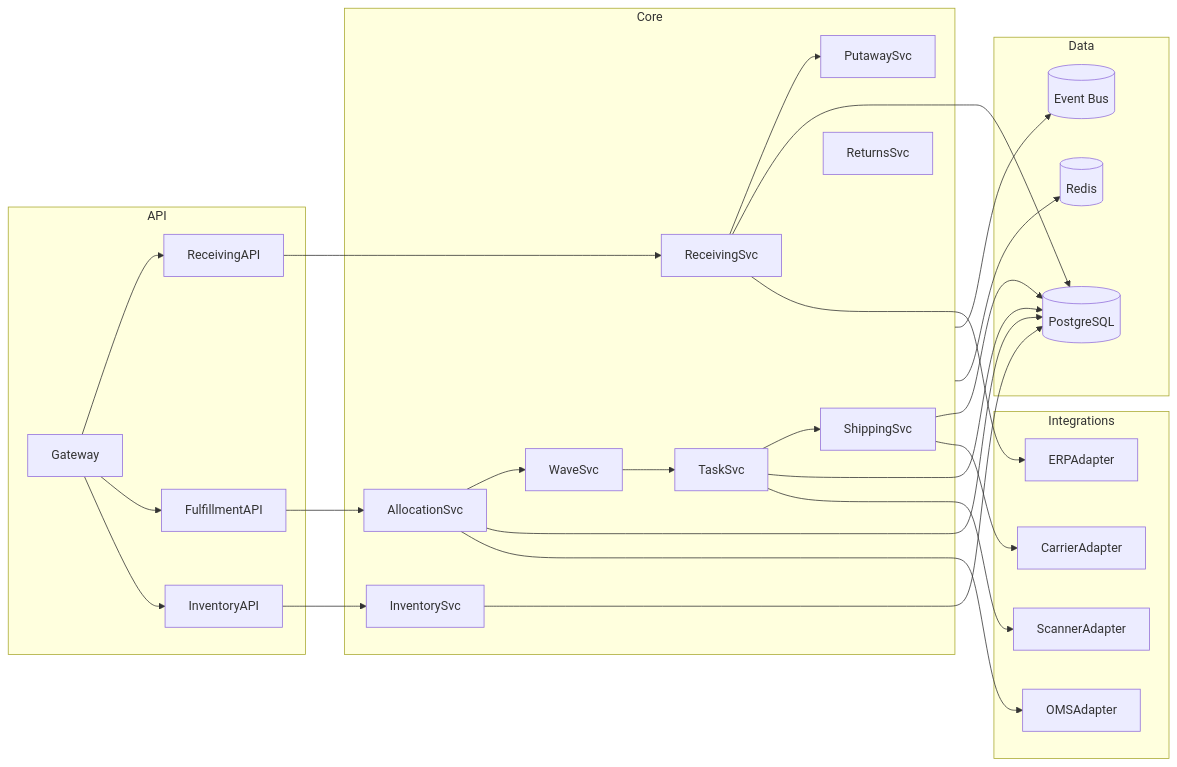
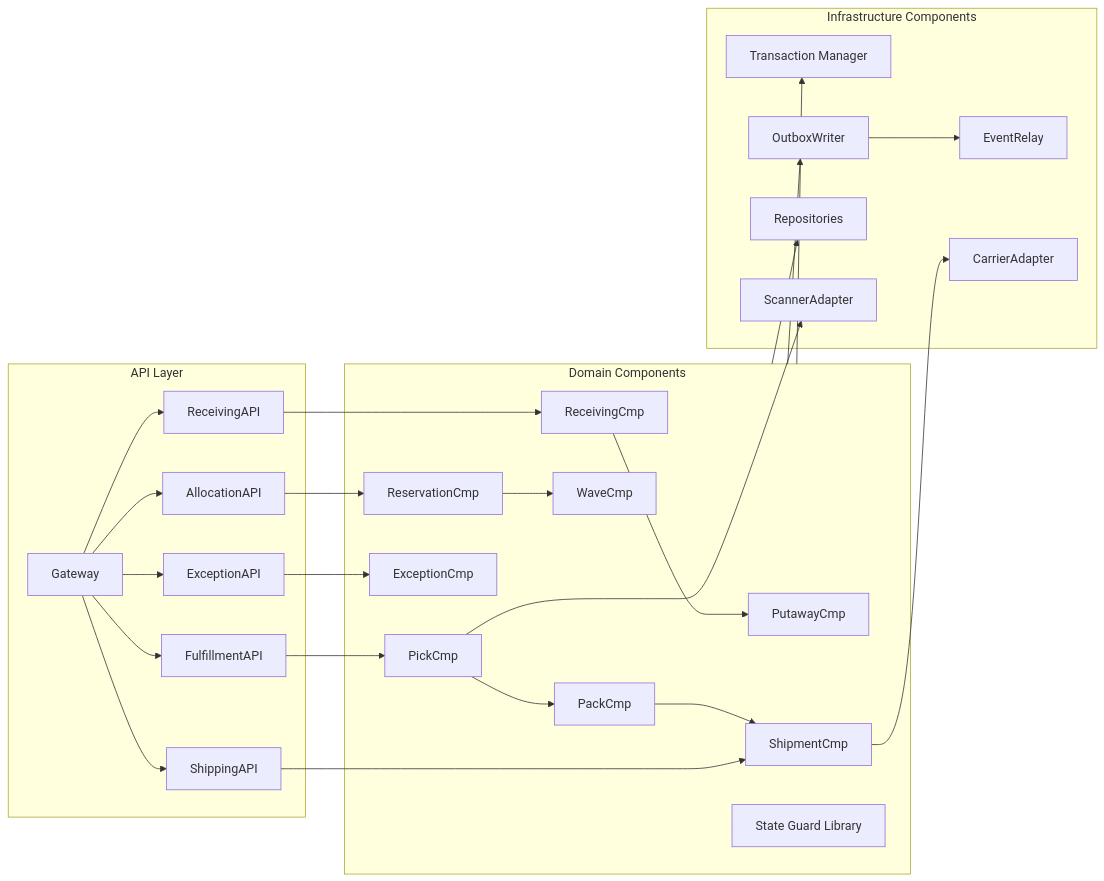
The diagram in Warehouse Management System/detailed-design/component-diagrams.md (0Ankit0/Project-Ideas), drawn with Mermaid before and after one commit. The commit also changed other lines of this file and 38 other files, not shown here.

Commit message:
Deepen WMS event, data dictionary, and edge-case coverage

````diff
--- a/Warehouse Management System/detailed-design/component-diagrams.md
+++ b/Warehouse Management System/detailed-design/component-diagrams.md
@@ -3,55 +3,50 @@
 ```mermaid
 flowchart LR
-    subgraph API
+    subgraph API[API Layer]
       Gateway
       ReceivingAPI
+      AllocationAPI
       FulfillmentAPI
-      InventoryAPI
+      ShippingAPI
+      ExceptionAPI
     end
 
-    subgraph Core
-      ReceivingSvc
-      PutawaySvc
-      InventorySvc
-      AllocationSvc
-      WaveSvc
-      TaskSvc
-      ShippingSvc
-      ReturnsSvc
+    subgraph Domain[Domain Components]
+      ReceivingCmp
+      PutawayCmp
+      ReservationCmp
+      WaveCmp
+      PickCmp
+      PackCmp
+      ShipmentCmp
+      ExceptionCmp
+      GuardLib[State Guard Library]
     end
 
-    subgraph Integrations
-      OMSAdapter
-      ERPAdapter
+    subgraph Infra[Infrastructure Components]
+      TxManager[Transaction Manager]
+      OutboxWriter
+      EventRelay
+      Repo[Repositories]
       CarrierAdapter
       ScannerAdapter
     end
 
-    subgraph Data
-      DB[(PostgreSQL)]
-      MQ[(Event Bus)]
-      Cache[(Redis)]
-    end
+    Gateway --> ReceivingAPI --> ReceivingCmp
+    Gateway --> AllocationAPI --> ReservationCmp
+    Gateway --> FulfillmentAPI --> PickCmp
+    Gateway --> ShippingAPI --> ShipmentCmp
+    Gateway --> ExceptionAPI --> ExceptionCmp
 
-    Gateway --> ReceivingAPI --> ReceivingSvc
-    Gateway --> FulfillmentAPI --> AllocationSvc
-    Gateway --> InventoryAPI --> InventorySvc
+    ReceivingCmp --> PutawayCmp
+    ReservationCmp --> WaveCmp
+    PickCmp --> PackCmp --> ShipmentCmp
 
-    ReceivingSvc --> PutawaySvc
-    AllocationSvc --> WaveSvc --> TaskSvc
-    TaskSvc --> ShippingSvc
-
-    ReceivingSvc --> DB
-    InventorySvc --> DB
-    AllocationSvc --> DB
-    TaskSvc --> DB
-    ShippingSvc --> DB
-
-    AllocationSvc --> OMSAdapter
-    ReceivingSvc --> ERPAdapter
-    ShippingSvc --> CarrierAdapter
-    TaskSvc --> ScannerAdapter
-
-    Core --> MQ
-    Core --> Cache
+    Domain --> GuardLib
+    Domain --> TxManager
+    Domain --> OutboxWriter
+    OutboxWriter --> EventRelay
+    Domain --> Repo
+    ShipmentCmp --> CarrierAdapter
+    PickCmp --> ScannerAdapter
 ```
````
